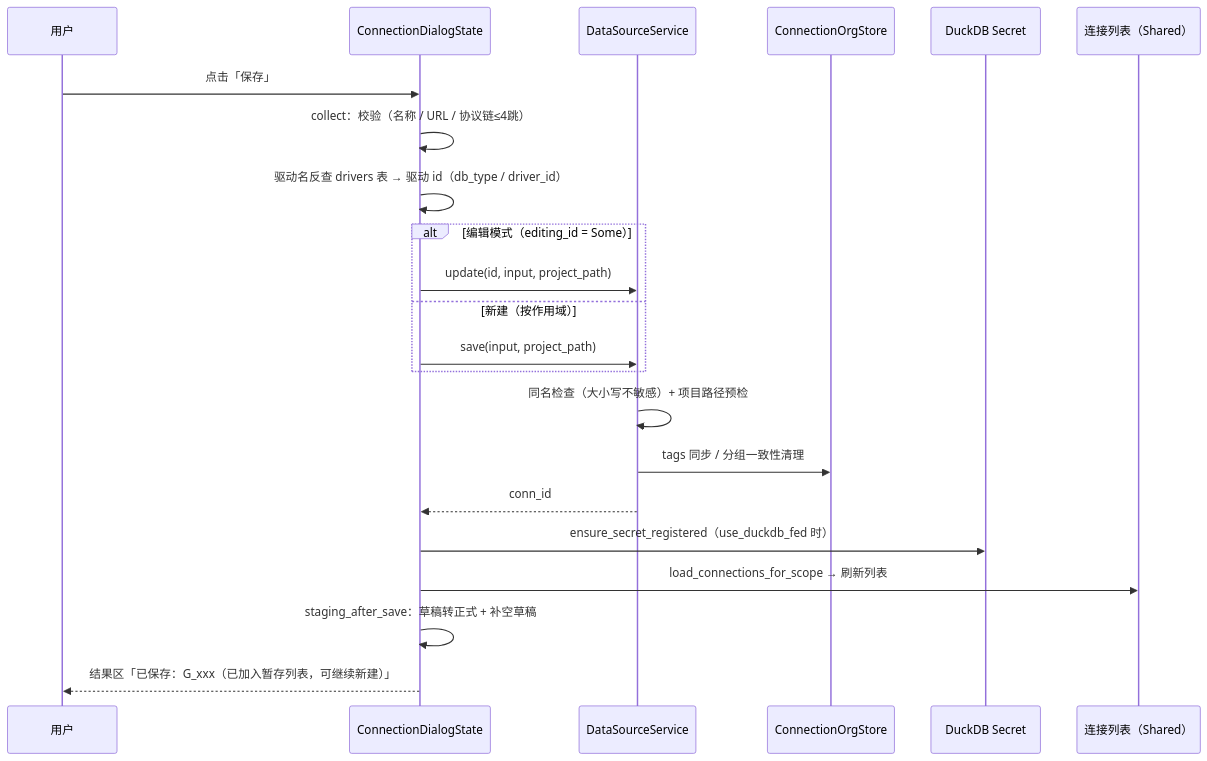
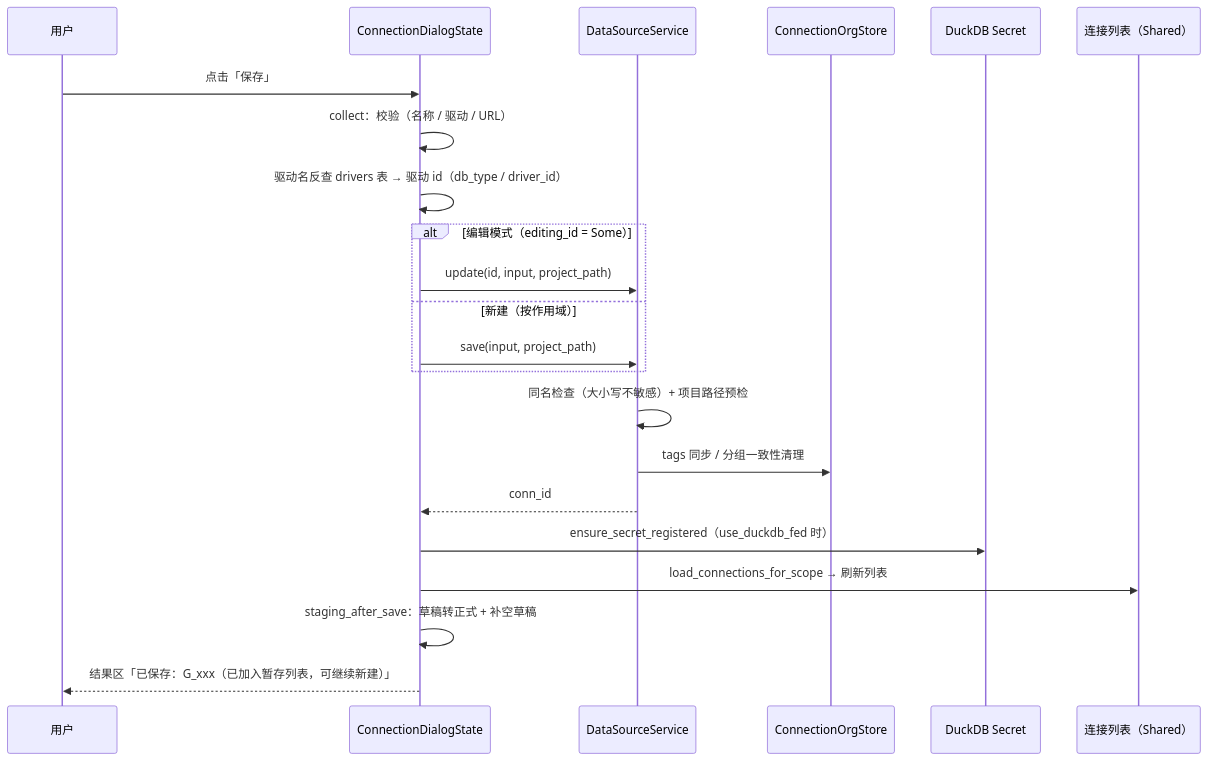
Before and after one commit to ling-love-xin/RdataStation-v2: the fourth of 8 diagrams in docs/architecture/connection/connection-dialog-architecture.md, drawn with Mermaid. The commit also changed other lines of this file and 35 other files, not shown here.

````diff
--- a/docs/architecture/connection/connection-dialog-architecture.md
+++ b/docs/architecture/connection/connection-dialog-architecture.md
@@ -224,24 +224,24 @@
 ```mermaid
 sequenceDiagram
     participant U as 用户
     participant D as ConnectionDialogState
     participant S as DataSourceService
     participant O as ConnectionOrgStore
     participant K as DuckDB Secret
     participant L as 连接列表（Shared）
     U->>D: 点击「保存」
-    D->>D: collect：校验（名称 / URL / 协议链≤4跳）
+    D->>D: collect：校验（名称 / 驱动 / URL）
     D->>D: 驱动名反查 drivers 表 → 驱动 id（db_type / driver_id）
     alt 编辑模式（editing_id = Some）
         D->>S: update(id, input, project_path)
     else 新建（按作用域）
         D->>S: save(input, project_path)
     end
     S->>S: 同名检查（大小写不敏感）+ 项目路径预检
     S->>O: tags 同步 / 分组一致性清理
     S-->>D: conn_id
     D->>K: ensure_secret_registered（use_duckdb_fed 时）
     D->>L: load_connections_for_scope → 刷新列表
     D->>D: staging_after_save：草稿转正式 + 补空草稿
     D-->>U: 结果区「已保存：G_xxx（已加入暂存列表，可继续新建）」
 ```
````
